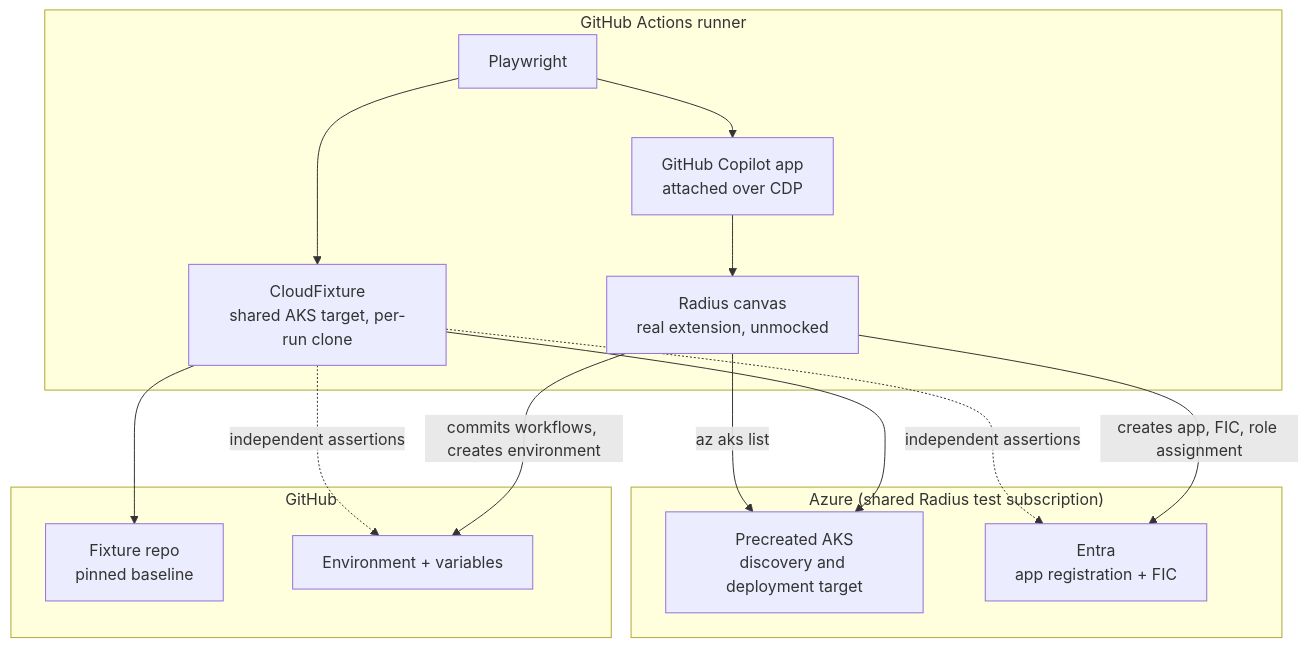
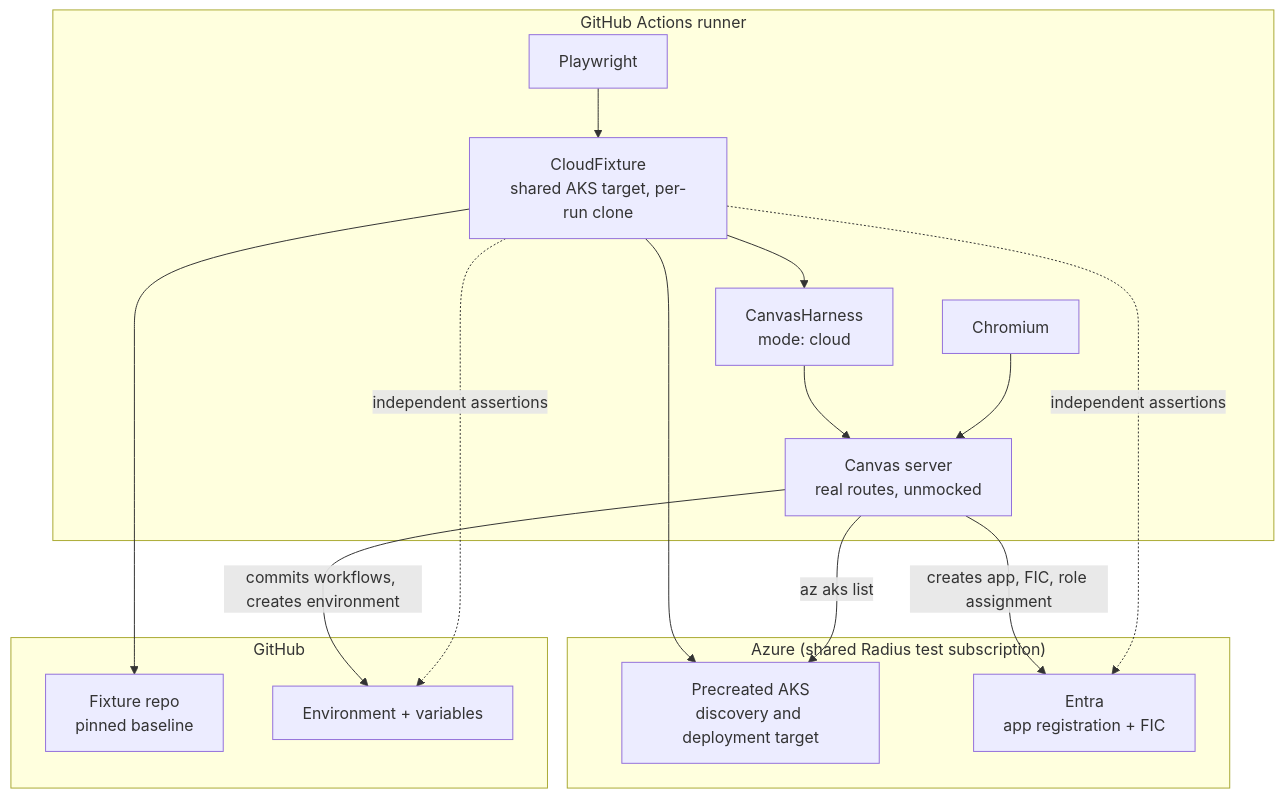
The diagram in docs/design/2026-08-cloud-e2e-environment-lifecycle.md (radius-project/ai-extensions), drawn with Mermaid before and after one commit. The commit also changed other lines of this file and 12 other files, not shown here.

First line of the commit message:
test(cloud-e2e): keep harness default, add opt-in Copilot app host

````diff
--- a/docs/design/2026-08-cloud-e2e-environment-lifecycle.md
+++ b/docs/design/2026-08-cloud-e2e-environment-lifecycle.md
@@ -118,26 +118,27 @@
 ```mermaid
 graph TD
   subgraph runner["GitHub Actions runner"]
     PW["Playwright"] --> CF["CloudFixture<br/>shared AKS target, per-run clone"]
-    PW --> APP["GitHub Copilot app<br/>attached over CDP"]
-    APP --> SRV["Radius canvas<br/>real extension, unmocked"]
+    CF --> CH["CanvasHarness<br/>mode: cloud"]
+    CH --> SRV["Canvas server<br/>real routes, unmocked"]
+    BR["Chromium"] --> SRV
   end
 
   subgraph azure["Azure (shared Radius test subscription)"]
     AKS["Precreated AKS<br/>discovery and deployment target"]
     ENTRA["Entra<br/>app registration + FIC"]
   end
 
   subgraph github["GitHub"]
     FIX["Fixture repo<br/>pinned baseline"]
     ENV["Environment + variables"]
   end
 
   CF --> AKS
   CF --> FIX
   SRV -->|creates app, FIC, role assignment| ENTRA
   SRV -->|commits workflows, creates environment| ENV
   SRV -->|az aks list| AKS
   CF -.->|independent assertions| ENTRA
   CF -.->|independent assertions| ENV
 ```
````
